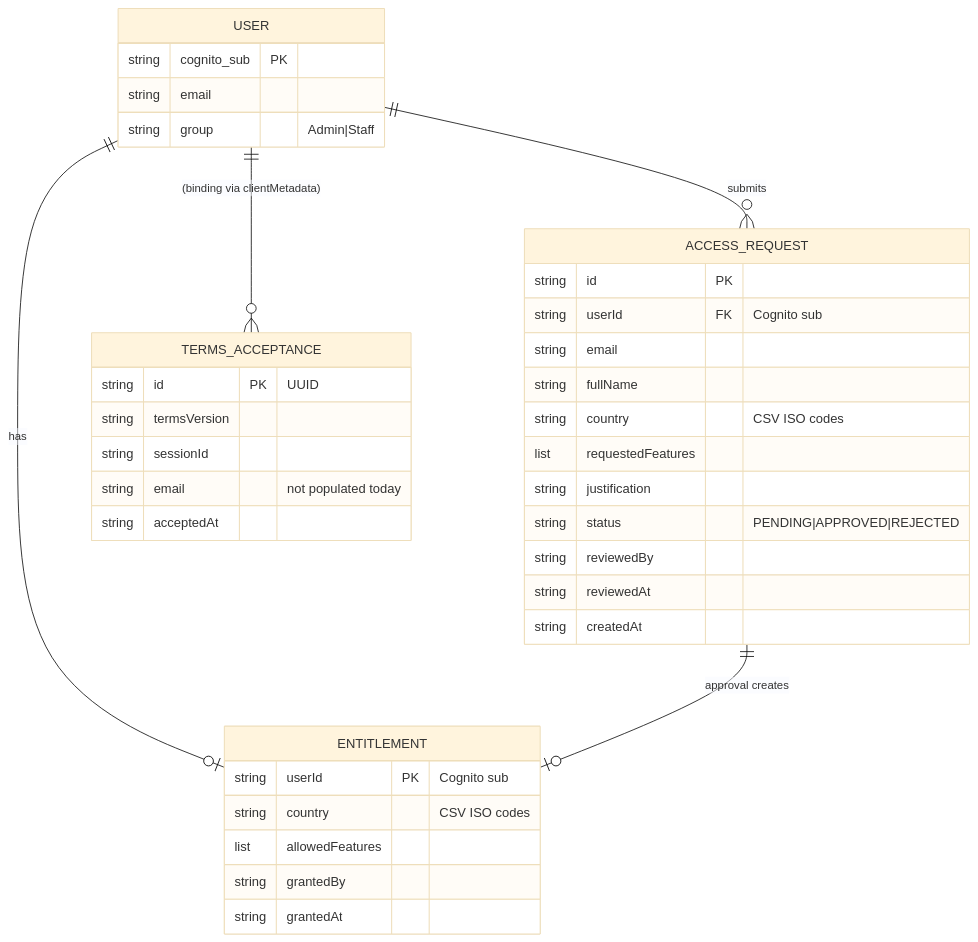
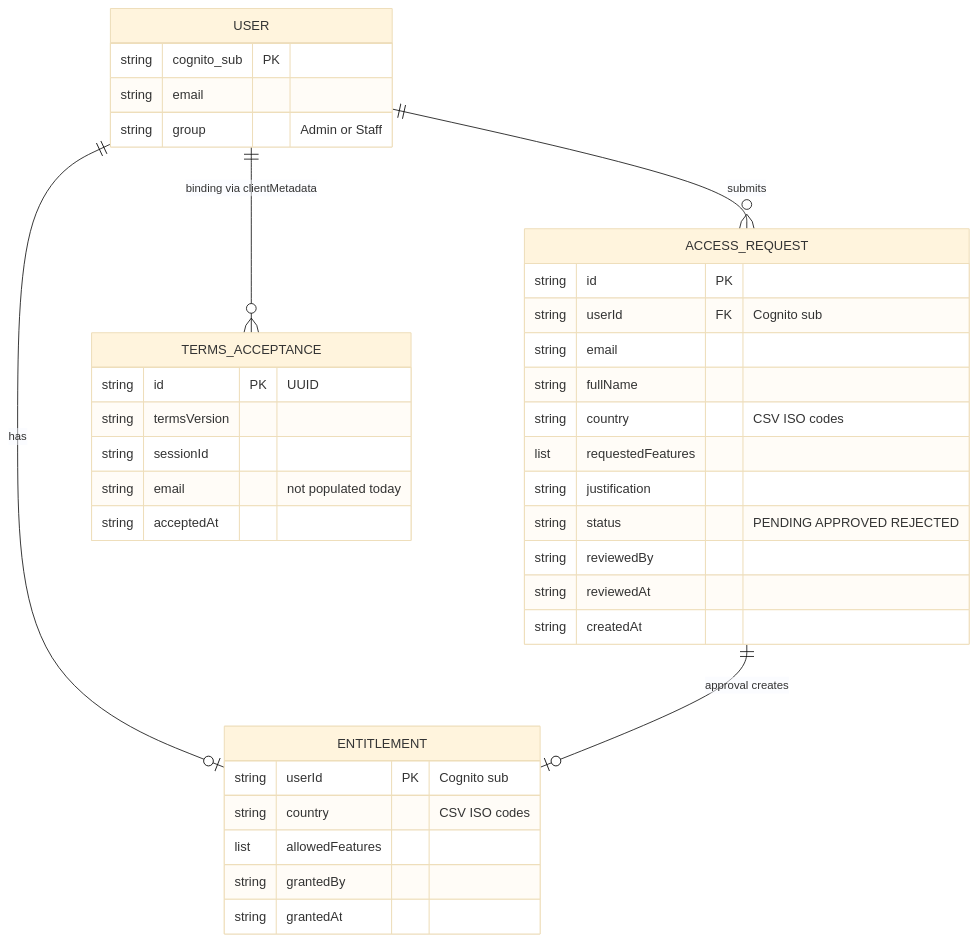
One commit to QuarksG/heimdall changed the fifth of 6 diagrams in docs/07-architecture-and-journey.md. Above: the diagram before and after it, drawn with Mermaid (base theme). The commit also changed other lines of this file, not shown here.

Commit message:
Fix formatting and consistency in architecture doc

````diff
--- a/docs/07-architecture-and-journey.md
+++ b/docs/07-architecture-and-journey.md
@@ -710,43 +710,43 @@
 ```mermaid
 erDiagram
     USER ||--o{ ACCESS_REQUEST : submits
     USER ||--o| ENTITLEMENT    : has
     ACCESS_REQUEST ||--o| ENTITLEMENT : "approval creates"
-    USER ||--o{ TERMS_ACCEPTANCE : "(binding via clientMetadata)"
+    USER ||--o{ TERMS_ACCEPTANCE : "binding via clientMetadata"
 
     USER {
         string cognito_sub PK
         string email
-        string group "Admin|Staff"
+        string group "Admin or Staff"
     }
 
     ACCESS_REQUEST {
         string id PK
         string userId FK "Cognito sub"
         string email
         string fullName
         string country "CSV ISO codes"
         list requestedFeatures
         string justification
-        string status "PENDING|APPROVED|REJECTED"
+        string status "PENDING APPROVED REJECTED"
         string reviewedBy
         string reviewedAt
         string createdAt
     }
 
     ENTITLEMENT {
         string userId PK "Cognito sub"
         string country "CSV ISO codes"
         list allowedFeatures
         string grantedBy
         string grantedAt
     }
 
     TERMS_ACCEPTANCE {
         string id PK "UUID"
         string termsVersion
         string sessionId
         string email "not populated today"
         string acceptedAt
     }
 ```
````
